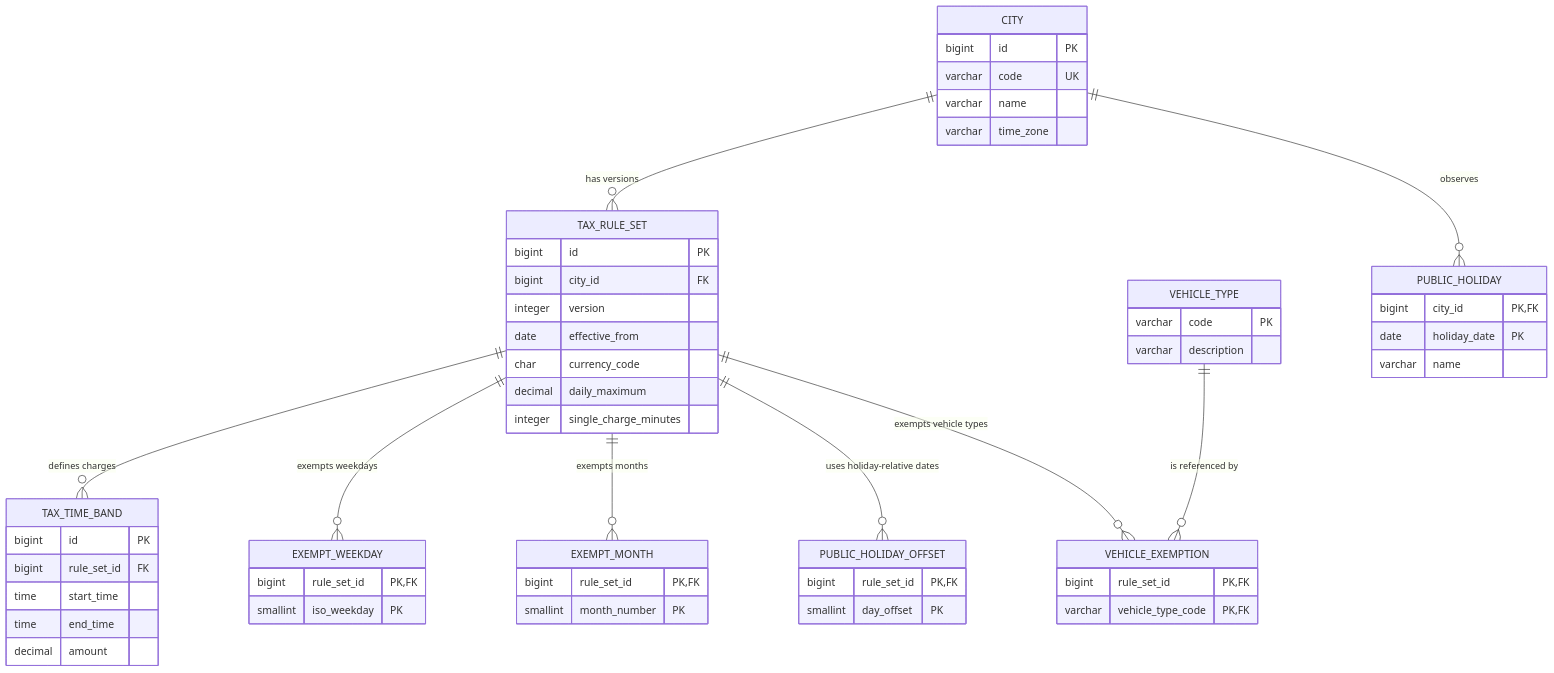
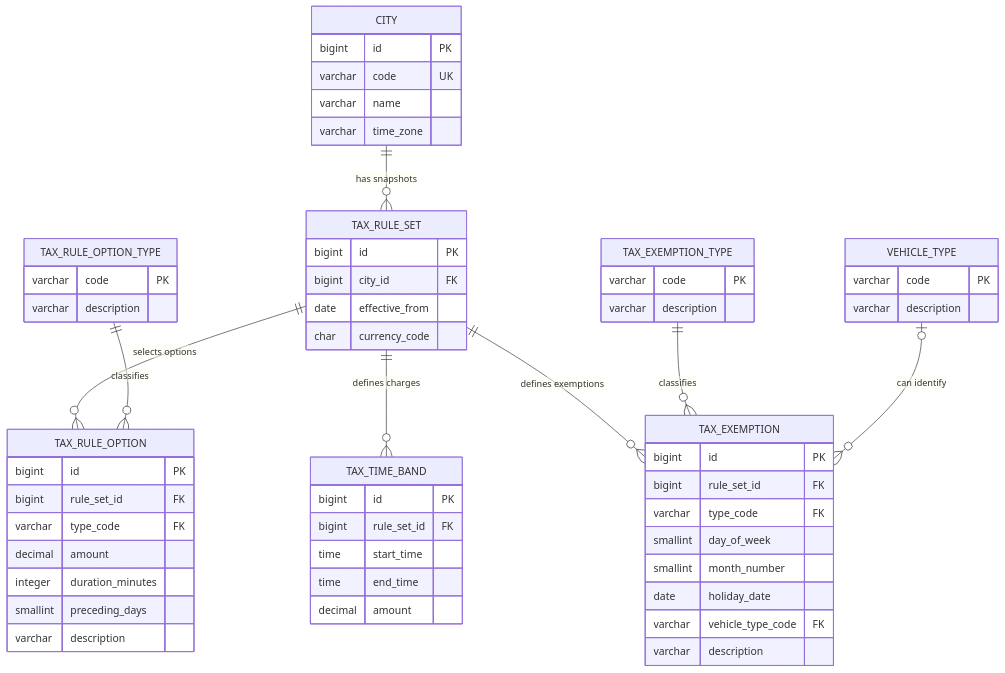
One commit to igrgin/congestion-tax-calculator changed the diagram in docs/design/persistence.md. Above: the diagram before and after it, drawn with Mermaid. The commit also changed other lines of this file and 10 other files, not shown here.

Commit message:
#11 Record the Tax Rule storage design (#12)

````diff
--- a/docs/design/persistence.md
+++ b/docs/design/persistence.md
@@ -7,59 +7,61 @@
 ```mermaid
 erDiagram
     CITY {
         bigint id PK
         varchar code UK
         varchar name
         varchar time_zone
     }
     TAX_RULE_SET {
         bigint id PK
         bigint city_id FK
-        integer version
         date effective_from
         char currency_code
-        decimal daily_maximum
-        integer single_charge_minutes
+    }
+    TAX_RULE_OPTION_TYPE {
+        varchar code PK
+        varchar description
+    }
+    TAX_RULE_OPTION {
+        bigint id PK
+        bigint rule_set_id FK
+        varchar type_code FK
+        decimal amount
+        integer duration_minutes
+        smallint preceding_days
+        varchar description
     }
     TAX_TIME_BAND {
         bigint id PK
         bigint rule_set_id FK
         time start_time
         time end_time
         decimal amount
     }
-    EXEMPT_WEEKDAY {
-        bigint rule_set_id PK,FK
-        smallint iso_weekday PK
-    }
-    EXEMPT_MONTH {
-        bigint rule_set_id PK,FK
-        smallint month_number PK
-    }
-    PUBLIC_HOLIDAY_OFFSET {
-        bigint rule_set_id PK,FK
-        smallint day_offset PK
-    }
     VEHICLE_TYPE {
         varchar code PK
         varchar description
     }
-    VEHICLE_EXEMPTION {
-        bigint rule_set_id PK,FK
-        varchar vehicle_type_code PK,FK
+    TAX_EXEMPTION_TYPE {
+        varchar code PK
+        varchar description
     }
-    PUBLIC_HOLIDAY {
-        bigint city_id PK,FK
-        date holiday_date PK
-        varchar name
+    TAX_EXEMPTION {
+        bigint id PK
+        bigint rule_set_id FK
+        varchar type_code FK
+        smallint day_of_week
+        smallint month_number
+        date holiday_date
+        varchar vehicle_type_code FK
+        varchar description
     }
 
-    CITY ||--o{ TAX_RULE_SET : "has versions"
-    CITY ||--o{ PUBLIC_HOLIDAY : "observes"
+    CITY ||--o{ TAX_RULE_SET : "has snapshots"
+    TAX_RULE_SET ||--o{ TAX_RULE_OPTION : "selects options"
+    TAX_RULE_OPTION_TYPE ||--o{ TAX_RULE_OPTION : "classifies"
     TAX_RULE_SET ||--o{ TAX_TIME_BAND : "defines charges"
-    TAX_RULE_SET ||--o{ EXEMPT_WEEKDAY : "exempts weekdays"
-    TAX_RULE_SET ||--o{ EXEMPT_MONTH : "exempts months"
-    TAX_RULE_SET ||--o{ PUBLIC_HOLIDAY_OFFSET : "uses holiday-relative dates"
-    TAX_RULE_SET ||--o{ VEHICLE_EXEMPTION : "exempts vehicle types"
-    VEHICLE_TYPE ||--o{ VEHICLE_EXEMPTION : "is referenced by"
+    TAX_RULE_SET ||--o{ TAX_EXEMPTION : "defines exemptions"
+    TAX_EXEMPTION_TYPE ||--o{ TAX_EXEMPTION : "classifies"
+    VEHICLE_TYPE o|--o{ TAX_EXEMPTION : "can identify"
 ```
````
